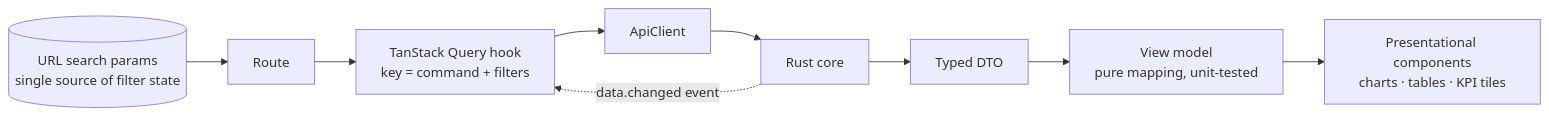
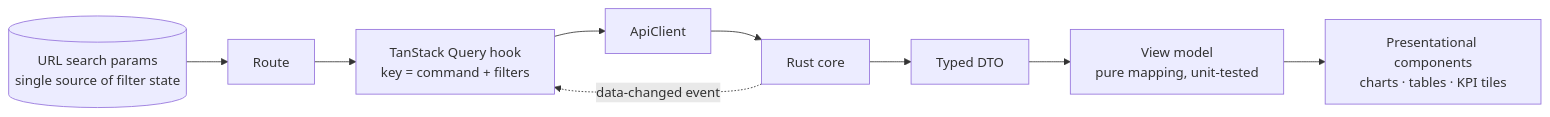
Before and after one commit to akanjb/VEYRA: the tenth of 19 diagrams in README.md, drawn with Mermaid. The commit also changed other lines of this file and 6 other files, not shown here.

````diff
--- a/README.md
+++ b/README.md
@@ -366,11 +395,11 @@
 ```mermaid
 flowchart LR
   URL[(URL search params<br/>single source of filter state)] --> R[Route]
   R --> Q[TanStack Query hook<br/>key = command + filters]
   Q --> AC[ApiClient]
   AC --> CORE[Rust core]
   CORE --> DTO[Typed DTO]
   DTO --> VM[View model<br/>pure mapping, unit-tested]
   VM --> V[Presentational components<br/>charts · tables · KPI tiles]
-  CORE -.->|data.changed event| Q
+  CORE -.->|data-changed event| Q
 ```
````
